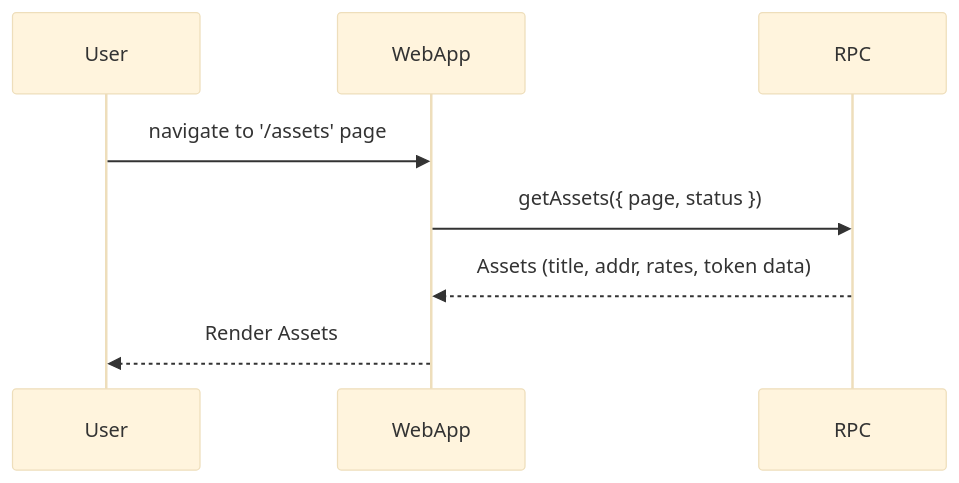
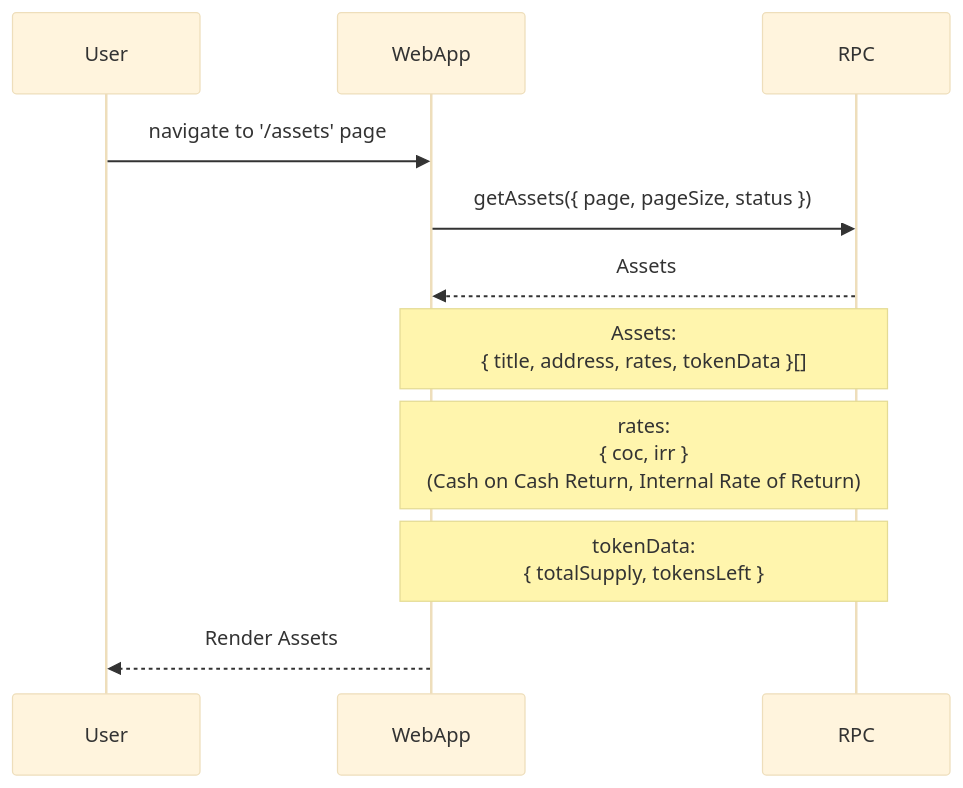
Before and after one commit to binaryx-protocol/binaryx_app: the first of 2 diagrams in arb/mermaid/AssetListPage.md, drawn with Mermaid (base theme). The commit also changed other lines of this file, not shown here.

Commit message:
Add more details to AssetListPage.md

````diff
--- a/arb/mermaid/AssetListPage.md
+++ b/arb/mermaid/AssetListPage.md
@@ -4,7 +4,10 @@
 ```mermaid
 sequenceDiagram
 User->>WebApp: navigate to '/assets' page
-WebApp->>RPC: getAssets({ page, status })
-RPC-->>WebApp: Assets (title, addr, rates, token data)
+WebApp->>RPC: getAssets({ page, pageSize, status })
+RPC-->>WebApp: Assets
+Note over WebApp, RPC: Assets:<br> { title, address, rates, tokenData }[]
+Note over WebApp, RPC: rates: <br>{ coc, irr } <br> (Cash on Cash Return, Internal Rate of Return) 
+Note over WebApp, RPC: tokenData: <br>{ totalSupply, tokensLeft }
 WebApp-->>User: Render Assets
 ```
````
